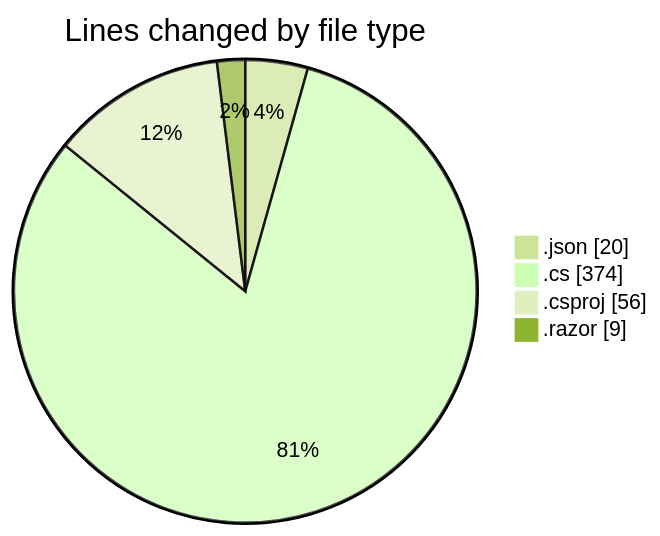
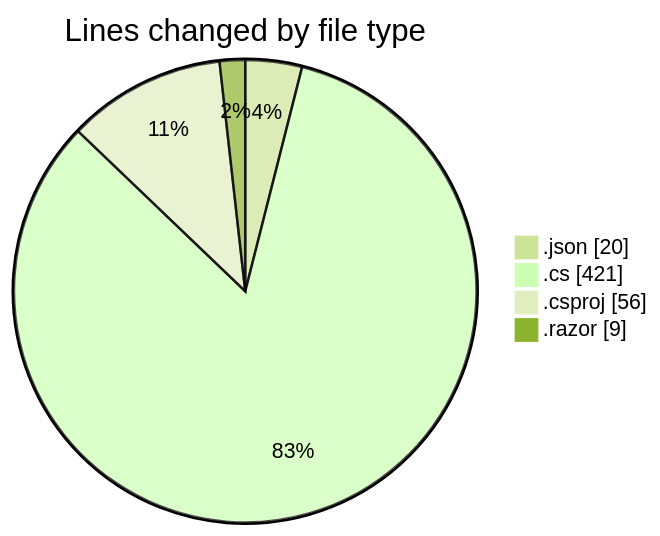
One commit to Netris89/code-tracking changed the first of 2 diagrams in 2025-04-05/schoolmanagement/README.md. Above: the diagram before and after it, drawn with Mermaid (forest theme). The commit also changed other lines of this file and 1 other file, not shown here.

````diff
--- a/2025-04-05/schoolmanagement/README.md
+++ b/2025-04-05/schoolmanagement/README.md
@@ -32,8 +34,8 @@
 ```mermaid
 pie showData
 title Lines changed by file type
 ".json" : 20
-".cs" : 374
+".cs" : 421
 ".csproj" : 56
 ".razor" : 9
 ```
````
